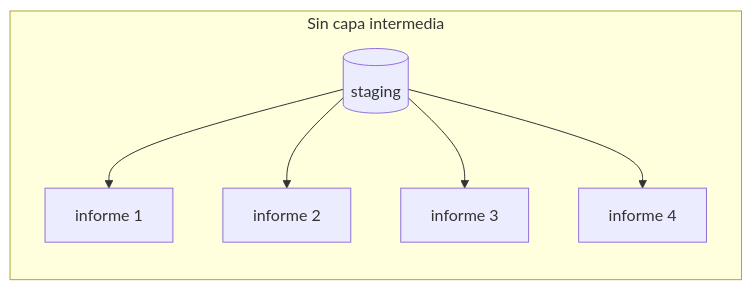
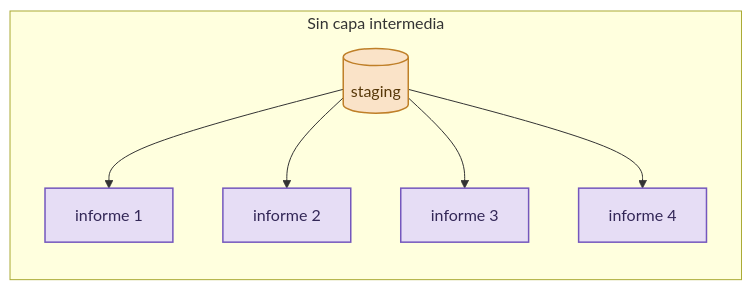
The first of 2 diagrams in content/transform/intro.qmd (IraitzM/ingenieria-datos), drawn with Mermaid before and after one commit. The commit also changed other lines of this file and 28 other files, not shown here.

````diff
--- a/content/transform/intro.qmd
+++ b/content/transform/intro.qmd
@@ -15,9 +15,15 @@
 ```{mermaid}
 flowchart LR
     subgraph mal ["Sin capa intermedia"]
         s1[("staging")] --> i1["informe 1"]
         s1 --> i2["informe 2"]
         s1 --> i3["informe 3"]
         s1 --> i4["informe 4"]
     end
+
+    %% Paleta por bloque del libro
+    classDef carga fill:#fae3c8,stroke:#bf7f28,stroke-width:1.5px,color:#573809
+    classDef explotacion fill:#e6ddf5,stroke:#7457bd,stroke-width:1.5px,color:#332757
+    class s1 carga
+    class i1,i2,i3,i4 explotacion
 ```
````
